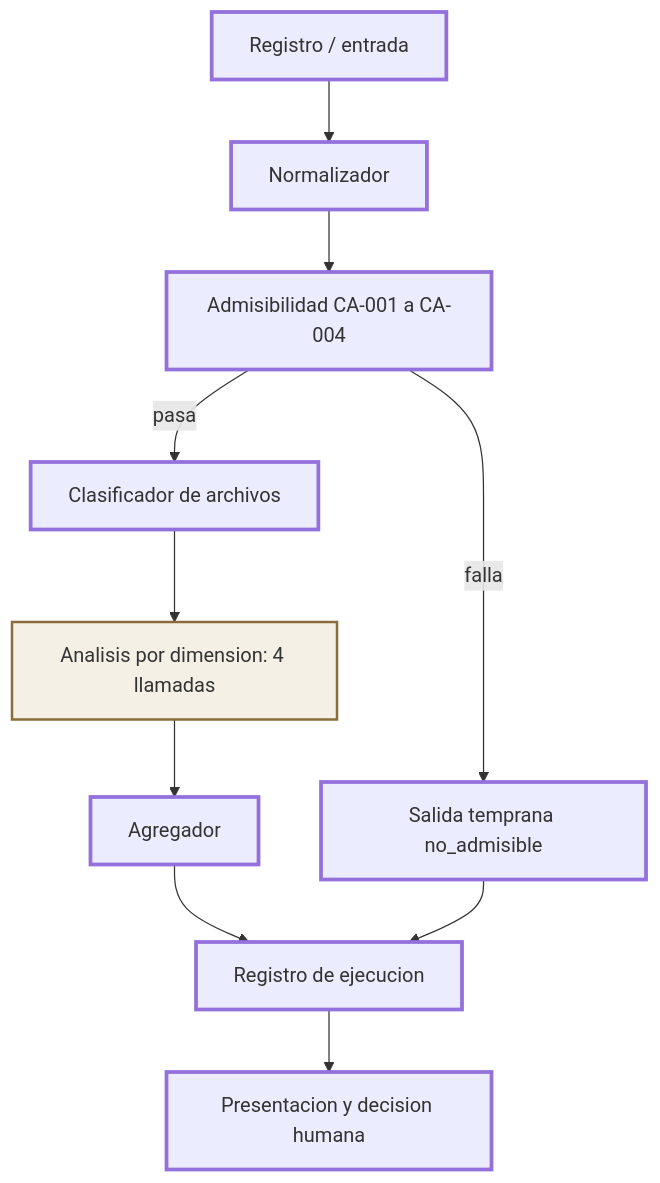
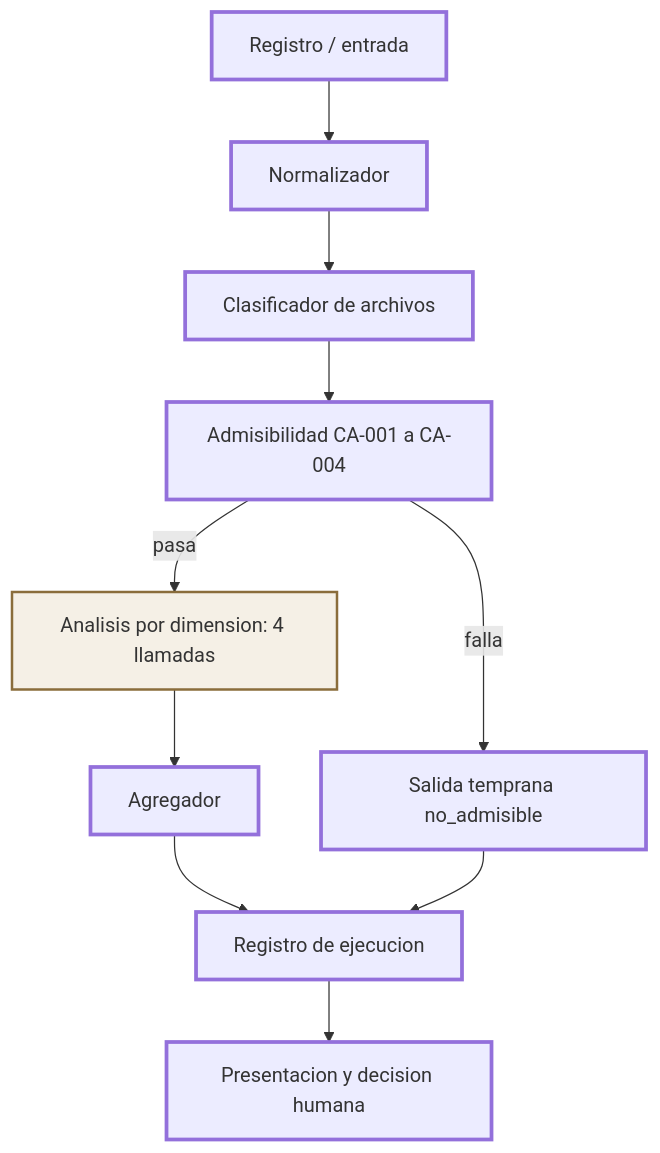
The first of 3 diagrams in docs/PROTOTIPO.md (pmora3003/grantfox-revision-asistida), drawn with Mermaid before and after one commit. The commit also changed other lines of this file and 6 other files, not shown here.

````diff
--- a/docs/PROTOTIPO.md
+++ b/docs/PROTOTIPO.md
@@ -44,22 +44,22 @@
 ```mermaid
 flowchart TD
   A["Registro / entrada"] --> B["Normalizador"]
-  B --> C["Admisibilidad CA-001 a CA-004"]
+  B --> D["Clasificador de archivos"]
+  D --> C["Admisibilidad CA-001 a CA-004"]
   C -->|falla| H["Salida temprana no_admisible"]
-  C -->|pasa| D["Clasificador de archivos"]
-  D --> E["Analisis por dimension: 4 llamadas"]
+  C -->|pasa| E["Analisis por dimension: 4 llamadas"]
   E --> F["Agregador"]
   F --> G["Registro de ejecucion"]
   G --> I["Presentacion y decision humana"]
   H --> G
 
   style A stroke-width:3px
   style B stroke-width:3px
   style C stroke-width:3px
   style D stroke-width:3px
   style F stroke-width:3px
   style G stroke-width:3px
   style H stroke-width:3px
   style I stroke-width:3px
   style E fill:#f5f0e6,stroke:#8a6d3b,stroke-width:2px
 ```
````
